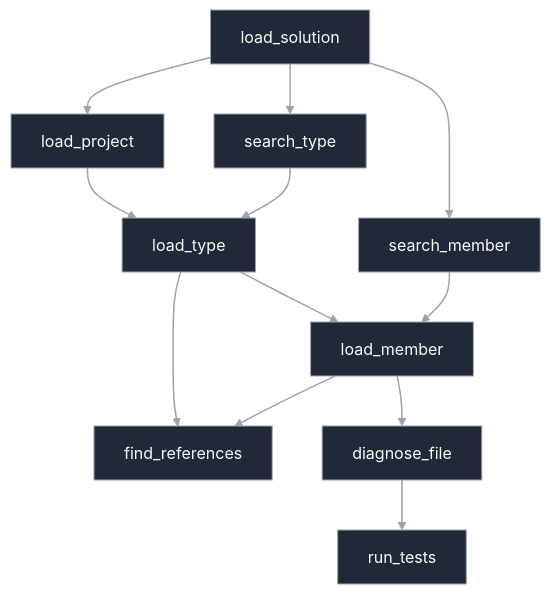
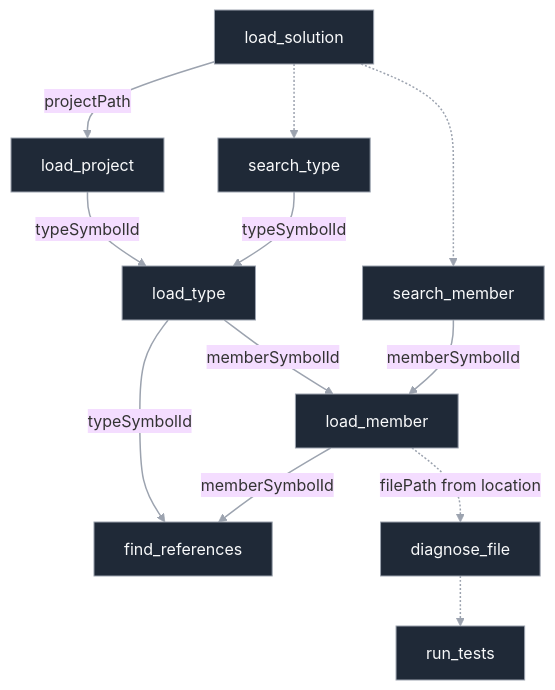
One commit to bob-clawd/RoslynMcp changed the diagram in README.md. Above: the diagram before and after it, drawn with Mermaid.

````diff
--- a/README.md
+++ b/README.md
@@ -60,22 +60,27 @@
 ```mermaid
 %%{init: {"theme": "base", "themeVariables": { "background": "transparent" }}}%%
 flowchart TD
-    ls[load_solution] --> lp[load_project]
-    lp --> lt[load_type]
-    lt --> lm[load_member]
-    lt --> fr[find_references]
-
-    ls --> st[search_type]
-    ls --> sm[search_member]
-
-    st --> lt
-    sm --> lm
-
-    lm --> fr
-    lm --> df[diagnose_file]
-    df --> rt[run_tests]
-
+    ls[load_solution]
+    lp[load_project]
+    lt[load_type]
+    lm[load_member]
+    fr[find_references]
+    st[search_type]
+    sm[search_member]
+    df[diagnose_file]
+    rt[run_tests]
+    ls -->|projectPath| lp
+    lp -->|typeSymbolId| lt
+    lt -->|memberSymbolId| lm
+    lt -->|typeSymbolId| fr
+    st -->|typeSymbolId| lt
+    sm -->|memberSymbolId| lm
+    lm -->|memberSymbolId| fr
+    ls -.-> st
+    ls -.-> sm
+    lm -.->|filePath from location| df
+    df -.-> rt
     classDef tool fill:#1f2937,stroke:#9ca3af,color:#f9fafb;
     class ls,lp,lt,lm,fr,st,sm,df,rt tool;
     linkStyle default stroke:#9ca3af,stroke-width:1.5px;
 ```
````
